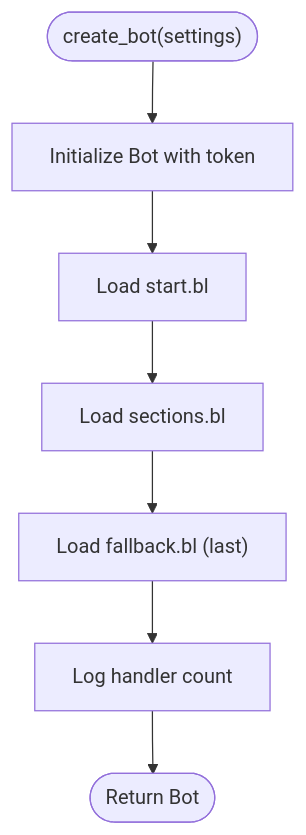
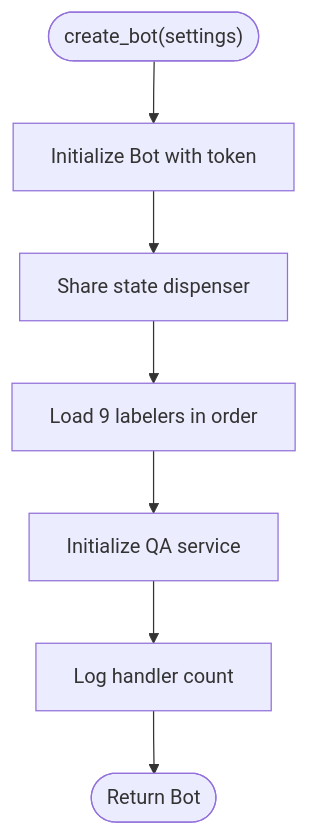
The fifth of 10 diagrams in .qoder/repowiki/en/content/VK Integration/VK Integration.md (ognelis/cafetera_hr_bot), drawn with Mermaid before and after one commit. The commit also changed other lines of this file and 8 other files, not shown here.

````diff
--- a/.qoder/repowiki/en/content/VK Integration/VK Integration.md
+++ b/.qoder/repowiki/en/content/VK Integration/VK Integration.md
@@ -149,9 +279,9 @@
 ```mermaid
 flowchart TD
 Start(["create_bot(settings)"]) --> Init["Initialize Bot with token"]
-Init --> LoadStart["Load start.bl"]
-LoadStart --> LoadSections["Load sections.bl"]
-LoadSections --> LoadFallback["Load fallback.bl (last)"]
-LoadFallback --> Log["Log handler count"]
+Init --> ShareState["Share state dispenser"]
+ShareState --> LoadHandlers["Load 9 labelers in order"]
+LoadHandlers --> InitQA["Initialize QA service"]
+InitQA --> Log["Log handler count"]
 Log --> ReturnBot(["Return Bot"])
 ```
````
